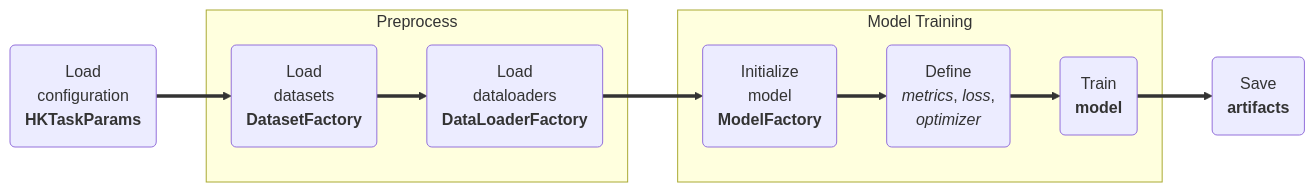
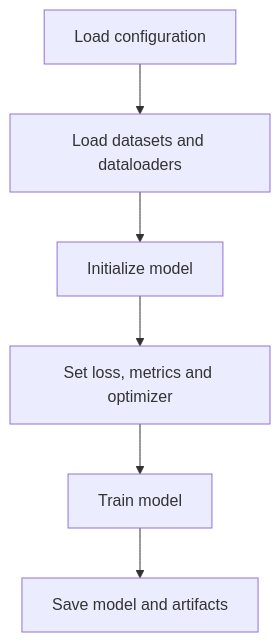
One commit to AmbiqAI/heartkit changed the diagram in docs/modes/train.md. Above: the diagram before and after it, drawn with Mermaid. The commit also changed other lines of this file and 52 other files, not shown here.

````diff
--- a/docs/modes/train.md
+++ b/docs/modes/train.md
@@ -24,39 +24,9 @@
 ```mermaid
-graph LR
-A("`Load
-configuration
-__HKTaskParams__
-`")
-B("`Load
-datasets
-__DatasetFactory__
-`")
-C("`Load
-dataloaders
-__DataLoaderFactory__
-`")
-D("`Initialize
-model
-__ModelFactory__
-`")
-E("`Define
-_metrics_, _loss_,
-_optimizer_
-`")
-F("`Train
-__model__
-`")
-G("`Save
-__artifacts__
-`")
-A ==> B
-subgraph "Preprocess"
-    B ==> C
-end
-subgraph "Model Training"
-    C ==> D
-    D ==> E
-    E ==> F
-end
-F ==> G
+flowchart TD
+    A["Load configuration"] --> B
+    B["Load datasets and dataloaders"] --> C
+    C["Initialize model"] --> D
+    D["Set loss, metrics and optimizer"] --> E
+    E["Train model"] --> F
+    F["Save model and artifacts"]
 ```
````
